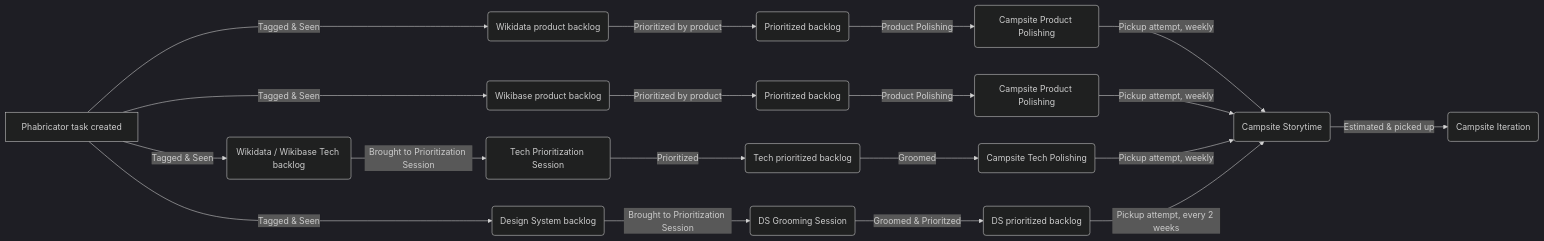
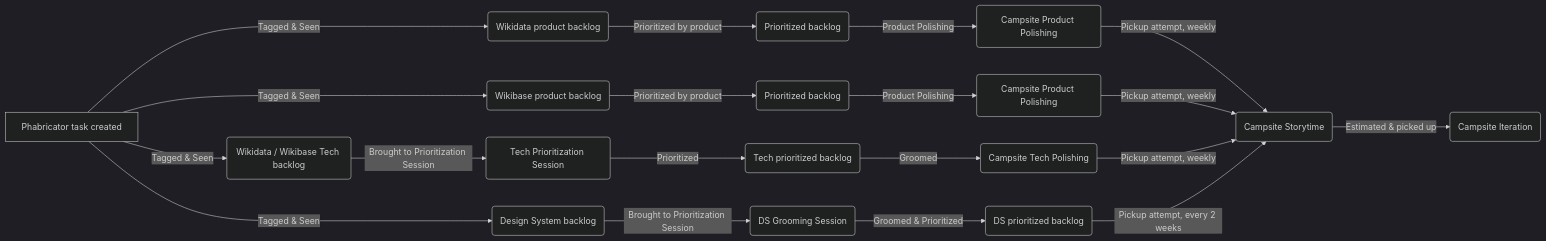
One commit to wmde/wikidata-wikibase-team changed the first of 2 diagrams in pages/process.md. Above: the diagram before and after it, drawn with Mermaid (dark theme). The commit also changed other lines of this file, not shown here.

````diff
--- a/pages/process.md
+++ b/pages/process.md
@@ -9,27 +9,26 @@
 ```mermaid
 graph LR
 A[Phabricator task created] -->|Tagged & Seen| B1(Wikidata product backlog)
 A[Phabricator task created] -->|Tagged & Seen| B2(Wikibase product backlog)
 A[Phabricator task created] -->|Tagged & Seen| B3(Wikidata / Wikibase Tech backlog)
 A[Phabricator task created] -->|Tagged & Seen| B4(Design System backlog)
 
 B1(Wikidata product backlog) -->|Prioritized by product| Backlog1(Prioritized backlog)
 Backlog1(Prioritized backlog) -->|Product Polishing| CP1(Campsite Product Polishing)
 CP1(Campsite Product Polishing) -->|Pickup attempt, weekly| C2(Campsite Storytime)
 
 B2(Wikibase product backlog) -->|Prioritized by product| Backlog2(Prioritized backlog)
 Backlog2(Prioritized backlog) -->|Product Polishing| CP2(Campsite Product Polishing)
 CP2(Campsite Product Polishing) -->|Pickup attempt, weekly| C2(Campsite Storytime)
 
 B3(Wikidata / Wikibase Tech backlog) -->|Brought to Prioritization Session | P3(Tech Prioritization Session)
 P3(Tech Prioritization Session) -->|Prioritized| Backlog3(Tech prioritized backlog)
 Backlog3(Tech prioritized backlog) -->|Groomed| CP3(Campsite Tech Polishing)
 CP3(Campsite Tech Polishing) -->|Pickup attempt, weekly| C2(Campsite Storytime)
 
-
 B4(Design System backlog) -->|Brought to Prioritization Session | P4(DS Grooming Session)
-P4(DS Grooming Session) -->|Groomed & Prioritzed| Backlog4(DS prioritized backlog)
+P4(DS Grooming Session) -->|Groomed & Prioritized| Backlog4(DS prioritized backlog)
 Backlog4(DS prioritized backlog) -->|Pickup attempt, every 2 weeks| C2(Campsite Storytime)
 
 C2(Campsite Storytime) -->|Estimated & picked up| C3(Campsite Iteration)
 ```
````
